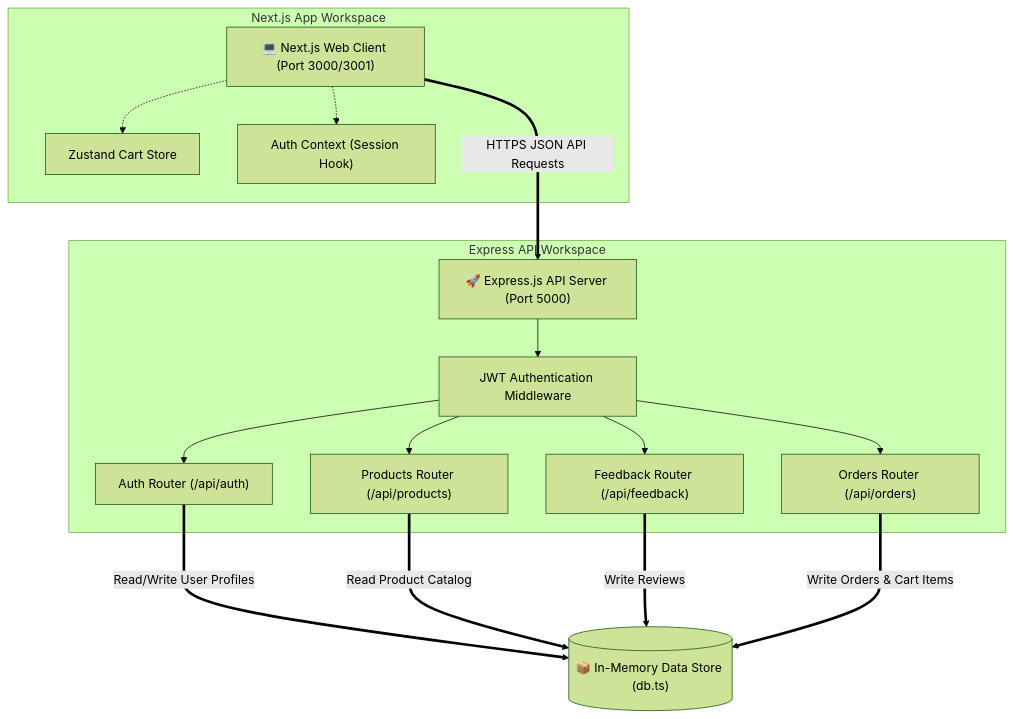
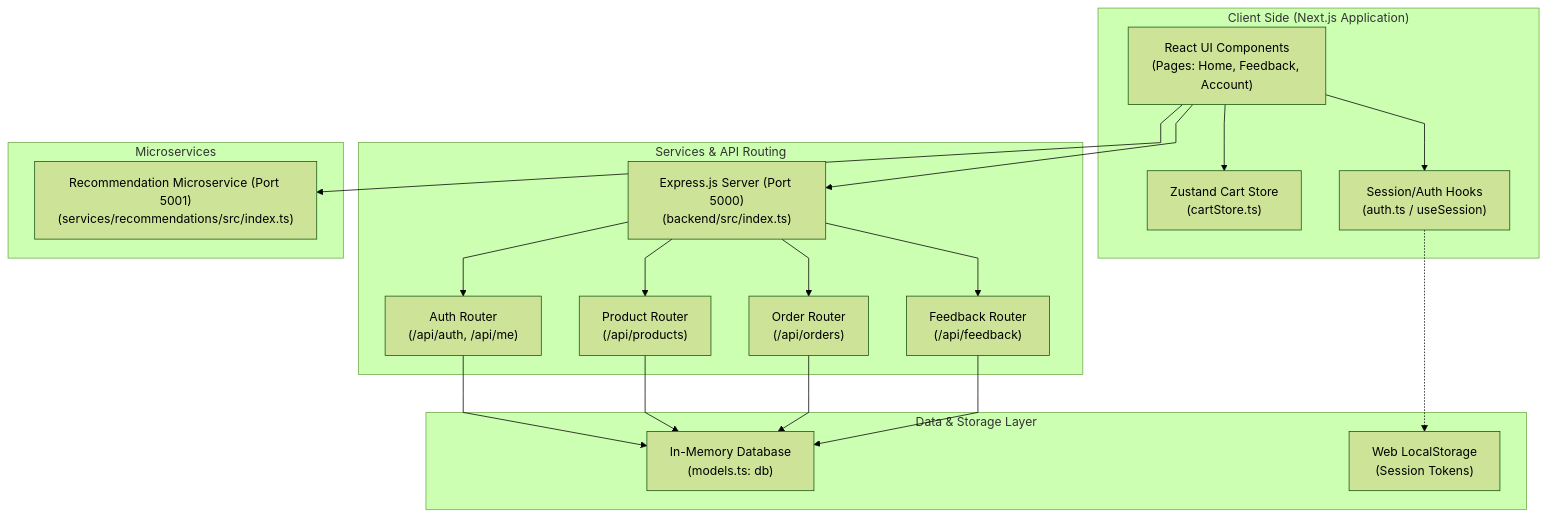
One commit to nfqadeer151-arch/ecommerce-store-app changed the first of 5 diagrams in docs/uml_diagrams.md. Above: the diagram before and after it, drawn with Mermaid (forest theme). The commit also changed other lines of this file, not shown here.

Commit message:
docs: update UML design diagrams with straight arrows and recommendation microservice

````diff
--- a/docs/uml_diagrams.md
+++ b/docs/uml_diagrams.md
@@ -11,39 +11,47 @@
 ```mermaid
-graph TD
-    %% Define Nodes
-    Client["💻 Next.js Web Client (Port 3000/3001)"]
-    API["🚀 Express.js API Server (Port 5000)"]
-    DB[("📦 In-Memory Data Store (db.ts)")]
-
-    %% Client Components
-    subgraph Frontend [Next.js App Workspace]
-        Client
-        CartStore["Zustand Cart Store"]
-        AuthContext["Auth Context (Session Hook)"]
-        Client -.-> CartStore
-        Client -.-> AuthContext
+%%{init: { "flowchart": { "curve": "linear" } } }%%
+flowchart TD
+    subgraph Client ["Client Side (Next.js Application)"]
+        UI["React UI Components<br>(Pages: Home, Feedback, Account)"]
+        State["Zustand Cart Store<br>(cartStore.ts)"]
+        Auth["Session/Auth Hooks<br>(auth.ts / useSession)"]
     end
 
-    %% Backend Router & Middlewares
-    subgraph Backend [Express API Workspace]
-        API
-        AuthMiddleware["JWT Authentication Middleware"]
-        AuthRouter["Auth Router (/api/auth)"]
-        ProdRouter["Products Router (/api/products)"]
-        FeedRouter["Feedback Router (/api/feedback)"]
-        OrderRouter["Orders Router (/api/orders)"]
-
-        API --> AuthMiddleware
-        AuthMiddleware --> AuthRouter
-        AuthMiddleware --> ProdRouter
-        AuthMiddleware --> FeedRouter
-        AuthMiddleware --> OrderRouter
+    subgraph Gateway ["Services & API Routing"]
+        ExpressApp["Express.js Server (Port 5000)<br>(backend/src/index.ts)"]
+        AuthRoute["Auth Router<br>(/api/auth, /api/me)"]
+        ProductRoute["Product Router<br>(/api/products)"]
+        OrderRoute["Order Router<br>(/api/orders)"]
+        FeedbackRoute["Feedback Router<br>(/api/feedback)"]
     end
 
-    %% Connections
-    Client ===>|HTTPS JSON API Requests| API
-    AuthRouter ===>|Read/Write User Profiles| DB
-    ProdRouter ===>|Read Product Catalog| DB
-    FeedRouter ===>|Write Reviews| DB
-    OrderRouter ===>|Write Orders & Cart Items| DB
+    subgraph Microservices ["Microservices"]
+        RecService["Recommendation Microservice (Port 5001)<br>(services/recommendations/src/index.ts)"]
+    end
+
+    subgraph Data ["Data & Storage Layer"]
+        DB["In-Memory Database<br>(models.ts: db)"]
+        LocalStorage["Web LocalStorage<br>(Session Tokens)"]
+    end
+
+    %% Client Internal Links
+    UI --> State
+    UI --> Auth
+    Auth -.-> LocalStorage
+
+    %% Client to Services
+    UI --> ExpressApp
+    UI --> RecService
+
+    %% Express Route Mounting
+    ExpressApp --> AuthRoute
+    ExpressApp --> ProductRoute
+    ExpressApp --> OrderRoute
+    ExpressApp --> FeedbackRoute
+
+    %% Route to Data Access
+    AuthRoute --> DB
+    ProductRoute --> DB
+    OrderRoute --> DB
+    FeedbackRoute --> DB
 ```
````
